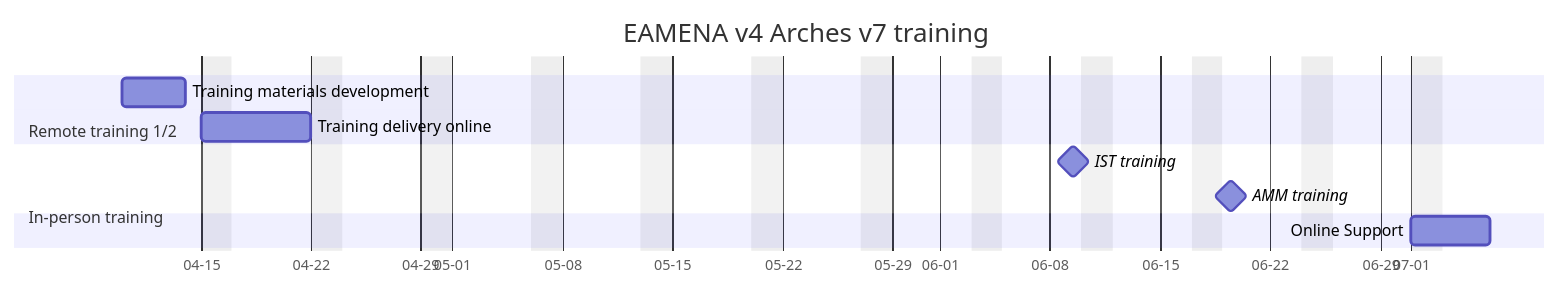
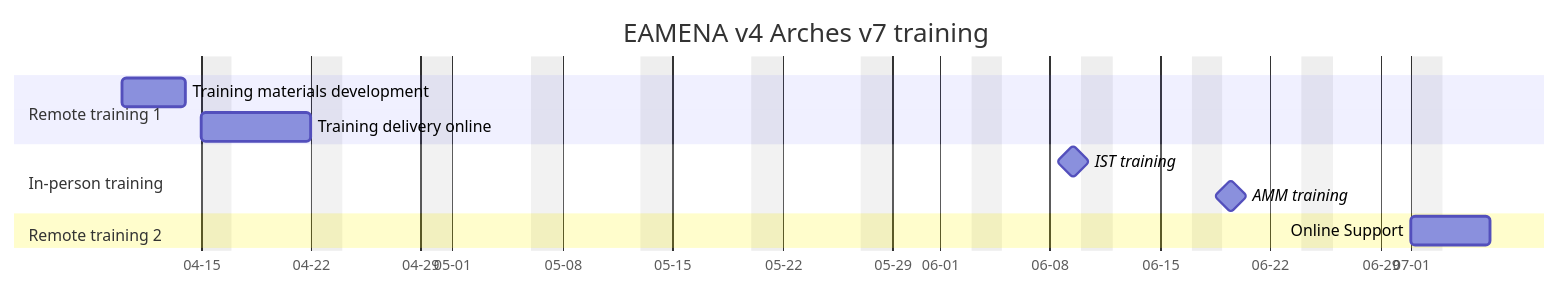
The diagram in training/README.md (eamena-project/eamena-arches-dev), drawn with Mermaid before and after one commit.

Commit message:
training

````diff
--- a/training/README.md
+++ b/training/README.md
@@ -153,16 +153,16 @@
 ```mermaid
 gantt
     title EAMENA v4 Arches v7 training
     dateFormat  YYYY-MM-DD
     axisFormat  %m-%d
     tickInterval 7day
     excludes    weekends
-    section Remote training 1/2
+    section Remote training 1
     Training materials development     : a1, 2023-04-10, 4d
     Training delivery online           : a1, 2023-04-15, 6d
     section In-person training
     IST training             : milestone, m3, 2023-06-05, 7d
     AMM training             : milestone, m3, 2023-06-17, 2023-06-22
-    section Remote training 1/2
+    section Remote training 2
     Online Support                     : a1, 2023-07-01, 4d
 ```
````
